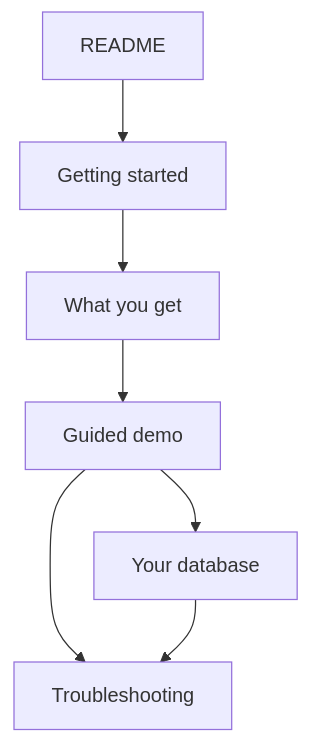
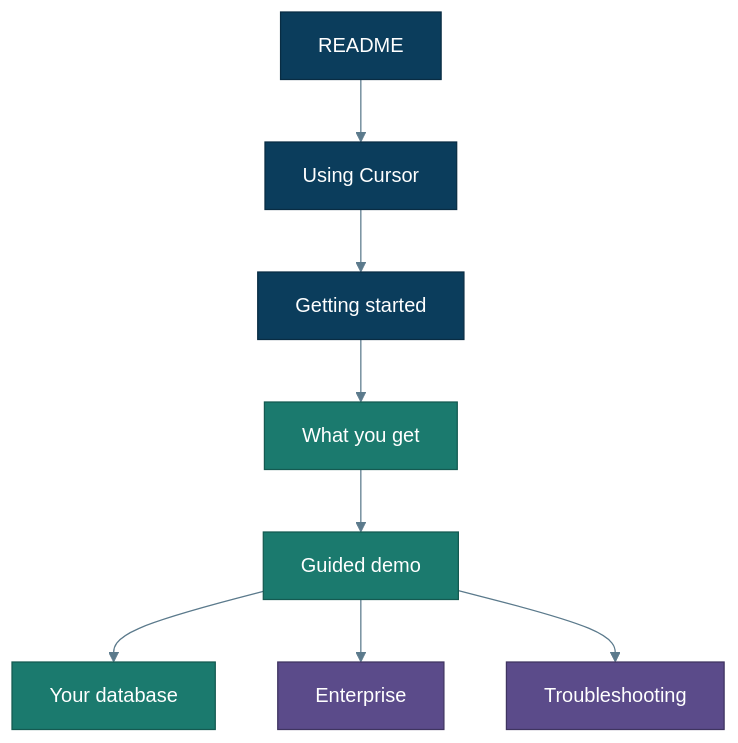
The diagram in docs/README.md (Jericho2010/edwmigration), drawn with Mermaid before and after one commit. The commit also changed other lines of this file and 25 other files, not shown here.

First line of the commit message:
Add enterprise SoD docs, themed diagrams, glossary, and Cursor UI guide.

````diff
--- a/docs/README.md
+++ b/docs/README.md
@@ -10,9 +11,17 @@
 ```mermaid
+%%{init: {"theme":"base","themeVariables":{"primaryColor":"#E8F1F8","primaryTextColor":"#0B3D5C","primaryBorderColor":"#0B3D5C","lineColor":"#5B7A8C","secondaryColor":"#E6F4F1","tertiaryColor":"#F7F3EA","background":"#FFFFFF","mainBkg":"#E8F1F8","clusterBkg":"#F7FAFC","clusterBorder":"#5B7A8C","titleColor":"#0B3D5C","edgeLabelBackground":"#FFFFFF"}}}%%
 flowchart TD
-  R[README] --> GS[Getting started]
+  R[README] --> CU[Using Cursor]
+  CU --> GS[Getting started]
   GS --> WYG[What you get]
   WYG --> GD[Guided demo]
   GD --> YD[Your database]
+  GD --> ENT[Enterprise]
   GD --> TB[Troubleshooting]
-  YD --> TB
+  classDef user fill:#0B3D5C,stroke:#082C43,color:#fff
+  classDef agent fill:#1B7A6E,stroke:#145A51,color:#fff
+  classDef ops fill:#5B4B8A,stroke:#3F3460,color:#fff
+  class R,CU,GS user
+  class WYG,GD,YD agent
+  class ENT,TB ops
 ```
````
